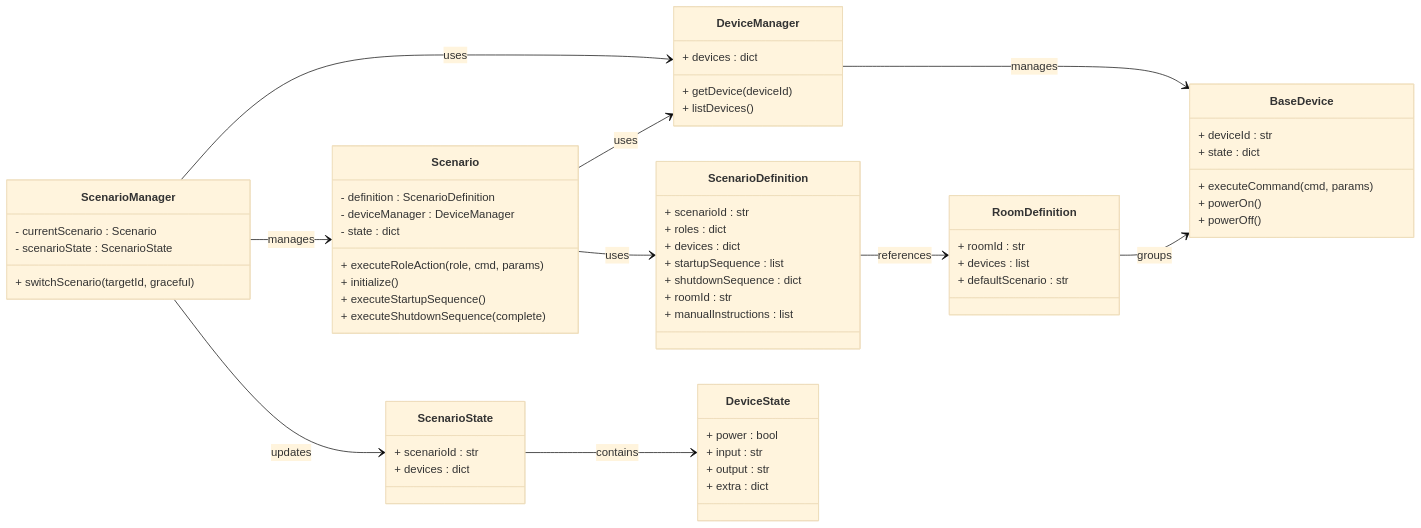
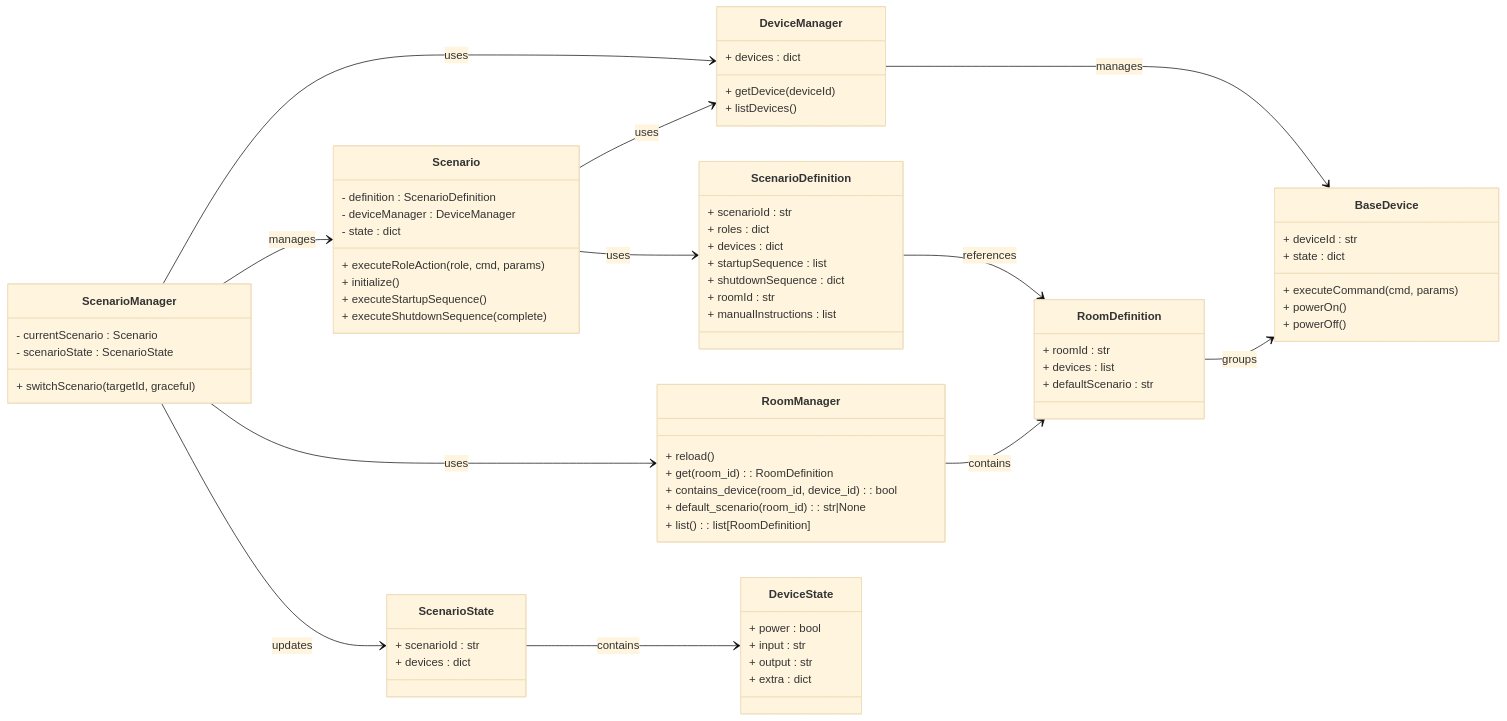
The diagram in docs/scenario_system_spec.md (droman42/wb-mqtt-bridge), drawn with Mermaid (base theme) before and after one commit. The commit also changed other lines of this file and 2 other files, not shown here.

Commit message:
consistent device state persistence

````diff
--- a/docs/scenario_system_spec.md
+++ b/docs/scenario_system_spec.md
@@ -62,6 +63,14 @@
         + defaultScenario : str
     }
 
+    class RoomManager {
+        + reload()
+        + get(room_id): RoomDefinition
+        + contains_device(room_id, device_id): bool
+        + default_scenario(room_id): str|None
+        + list(): list[RoomDefinition]
+    }
+
     class DeviceManager {
         + devices : dict
         + getDevice(deviceId)
@@ -89,6 +98,7 @@
     }
 
     ScenarioManager --> Scenario : manages
+    ScenarioManager --> RoomManager : uses
     ScenarioManager --> DeviceManager : uses
     ScenarioManager --> ScenarioState : updates
     Scenario --> ScenarioDefinition : uses
@@ -97,4 +107,5 @@
     ScenarioState --> DeviceState : contains
     ScenarioDefinition --> RoomDefinition : references
     RoomDefinition --> BaseDevice : groups
+    RoomManager --> RoomDefinition : contains
 ```
````
